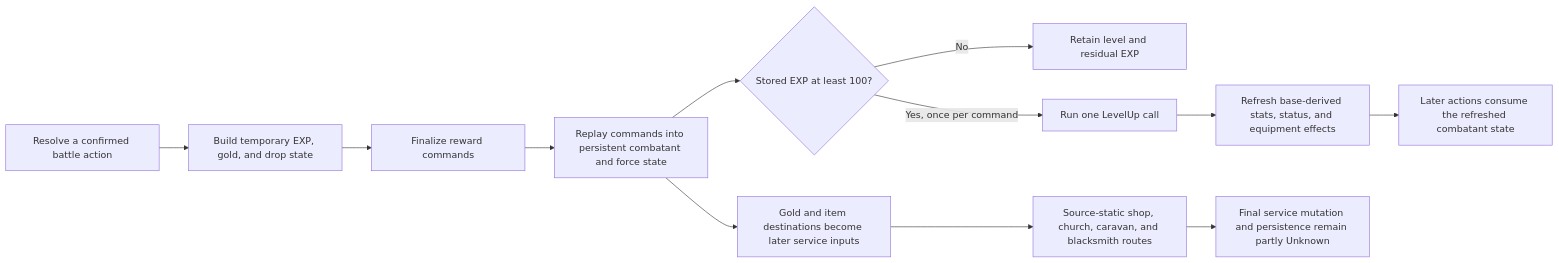
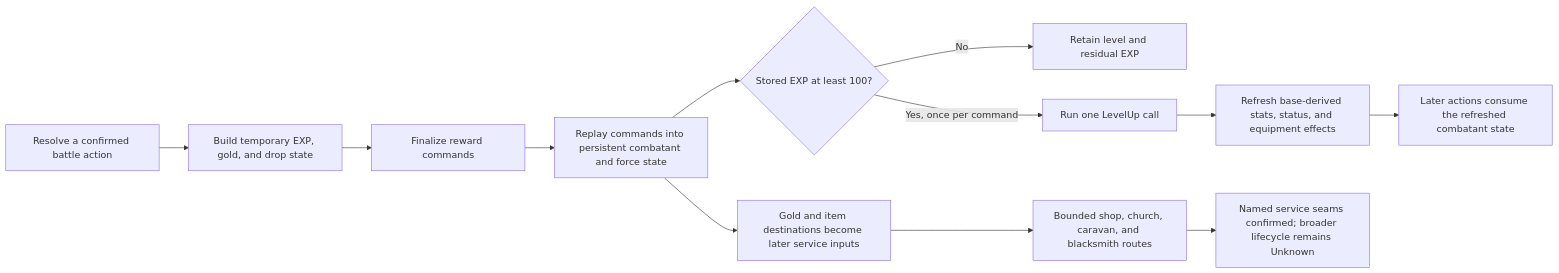
Before and after one commit to FrankHZ/md-sf2-reverse-engineering: the diagram in docs/design/synthesis/progression-and-economy.md, drawn with Mermaid. The commit also changed other lines of this file, not shown here.

````diff
--- a/docs/design/synthesis/progression-and-economy.md
+++ b/docs/design/synthesis/progression-and-economy.md
@@ -91,14 +235,14 @@
 ```mermaid
 flowchart LR
     action["Resolve a confirmed battle action"] --> build["Build temporary EXP, gold, and drop state"]
     build --> finalize["Finalize reward commands"]
     finalize --> replay["Replay commands into persistent combatant and force state"]
     replay --> threshold{"Stored EXP at least 100?"}
     threshold -->|"No"| retained["Retain level and residual EXP"]
     threshold -->|"Yes, once per command"| levelup["Run one LevelUp call"]
     levelup --> refresh["Refresh base-derived stats, status, and equipment effects"]
     refresh --> future["Later actions consume the refreshed combatant state"]
     replay --> economy["Gold and item destinations become later service inputs"]
-    economy --> service["Source-static shop, church, caravan, and blacksmith routes"]
-    service --> unknown["Final service mutation and persistence remain partly Unknown"]
+    economy --> service["Bounded shop, church, caravan, and blacksmith routes"]
+    service --> unknown["Named service seams confirmed; broader lifecycle remains Unknown"]
 ```
````
